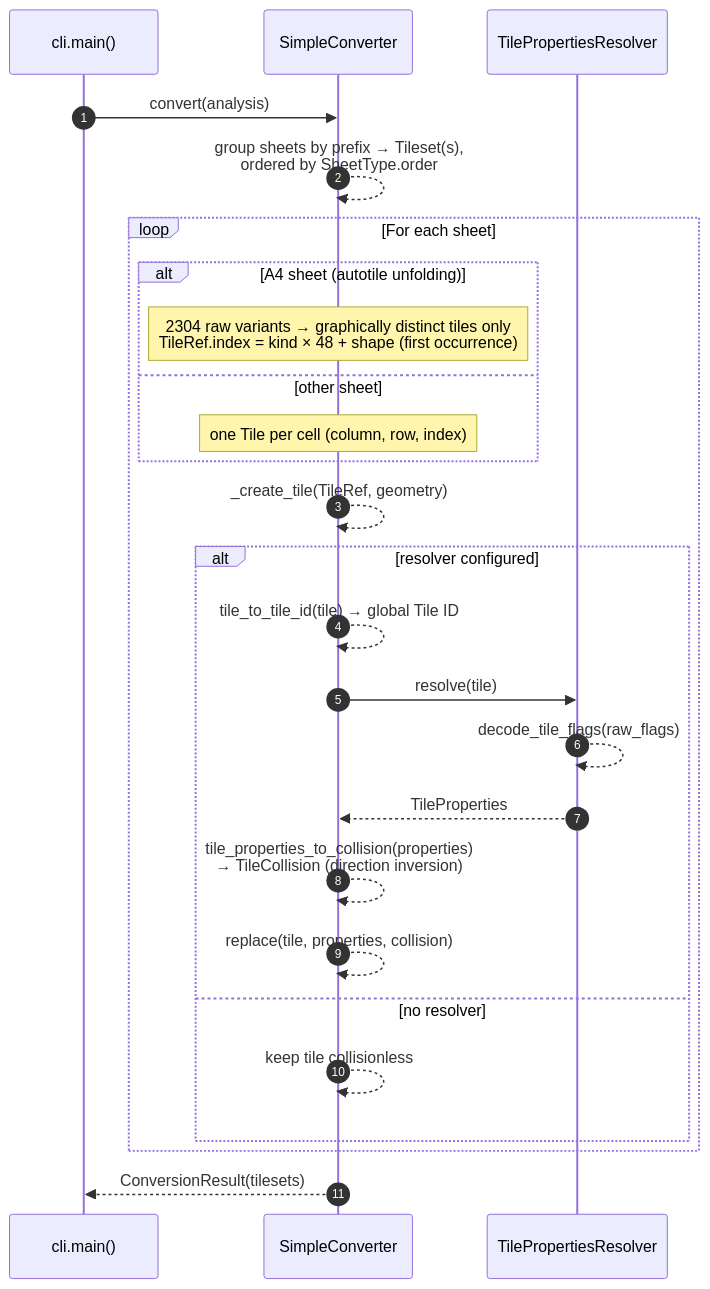
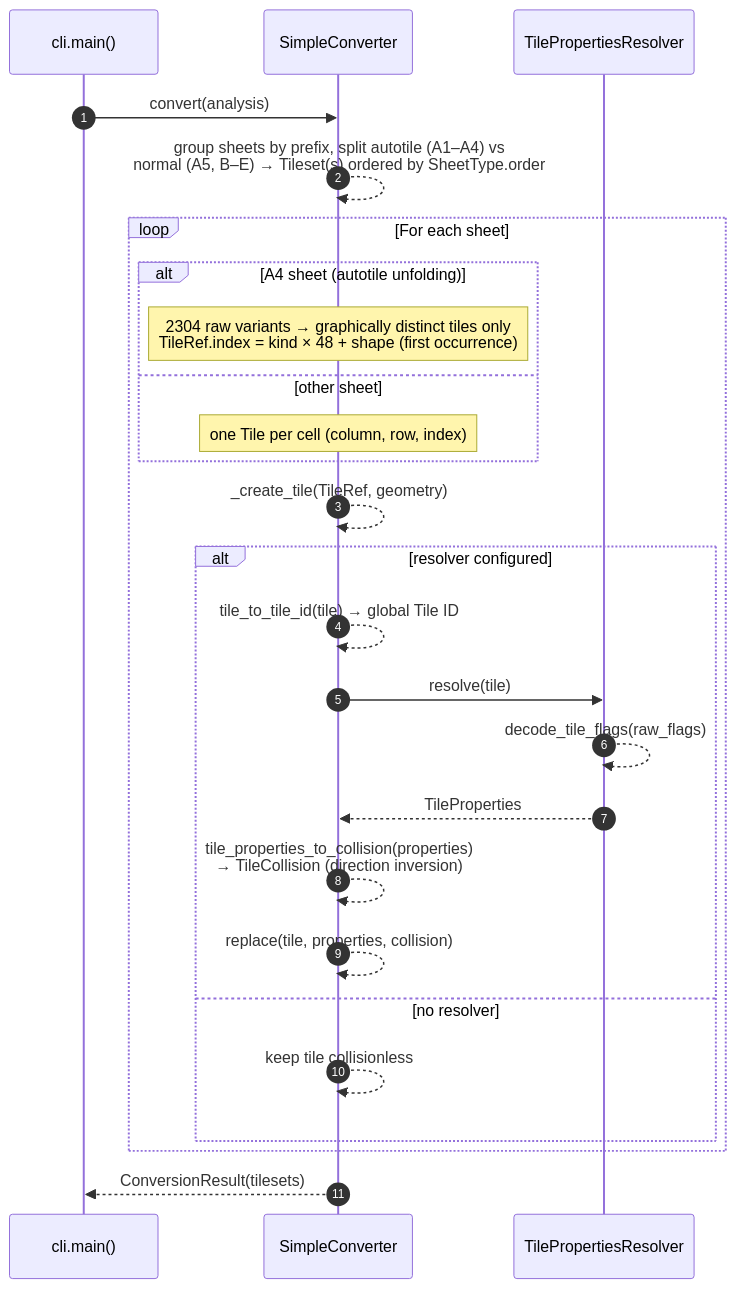
One commit to ultra-sonic-28/rpgmaker2godot changed the third of 4 diagrams in README.md. Above: the diagram before and after it, drawn with Mermaid. The commit also changed other lines of this file and 7 other files, not shown here.

````diff
--- a/README.md
+++ b/README.md
@@ -454,29 +457,29 @@
 ```mermaid
 sequenceDiagram
     autonumber
     participant CLI as cli.main()
     participant C as SimpleConverter
     participant R as TilePropertiesResolver
 
     CLI->>C: convert(analysis)
-    C-->>C: group sheets by prefix → Tileset(s),<br/>ordered by SheetType.order
+    C-->>C: group sheets by prefix, split autotile (A1–A4) vs<br/>normal (A5, B–E) → Tileset(s) ordered by SheetType.order
     loop For each sheet
         alt A4 sheet (autotile unfolding)
             Note over C: 2304 raw variants → graphically distinct tiles only<br/>TileRef.index = kind × 48 + shape (first occurrence)
         else other sheet
             Note over C: one Tile per cell (column, row, index)
         end
         C-->>C: _create_tile(TileRef, geometry)
         alt resolver configured
             C-->>C: tile_to_tile_id(tile) → global Tile ID
             C->>R: resolve(tile)
             R-->>R: decode_tile_flags(raw_flags)
             R-->>C: TileProperties
             C-->>C: tile_properties_to_collision(properties)<br/>→ TileCollision (direction inversion)
             C-->>C: replace(tile, properties, collision)
         else no resolver
             C-->>C: keep tile collisionless
         end
     end
     C-->>CLI: ConversionResult(tilesets)
 ```
````
